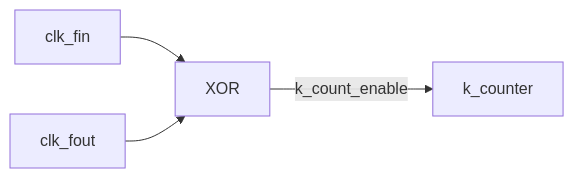
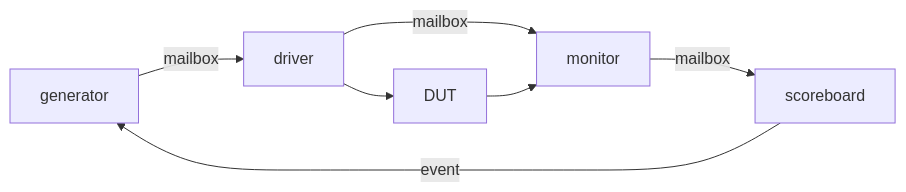
Before and after one commit to jsloan256/dpll: the diagram in README.md, drawn with Mermaid. The commit also changed other lines of this file and 3 other files, not shown here.

Commit message:
Worked on README, comments, and moved the passing of references to monitor rather than the scoreboard to cleanup the log ()'s

````diff
--- a/README.md
+++ b/README.md
@@ -15,9 +14,13 @@
 ```mermaid
 graph LR;
-   clk_fin  --> XOR
-   clk_fout --> XOR
+   generator -- mailbox --> driver
 
-   XOR -- k_count_enable --> k_counter
+   monitor -- mailbox --> scoreboard
 
+   driver -- mailbox --> monitor
 
+   scoreboard -- event --> generator
+
+   driver --> DUT
+   DUT --> monitor
 ```
````
